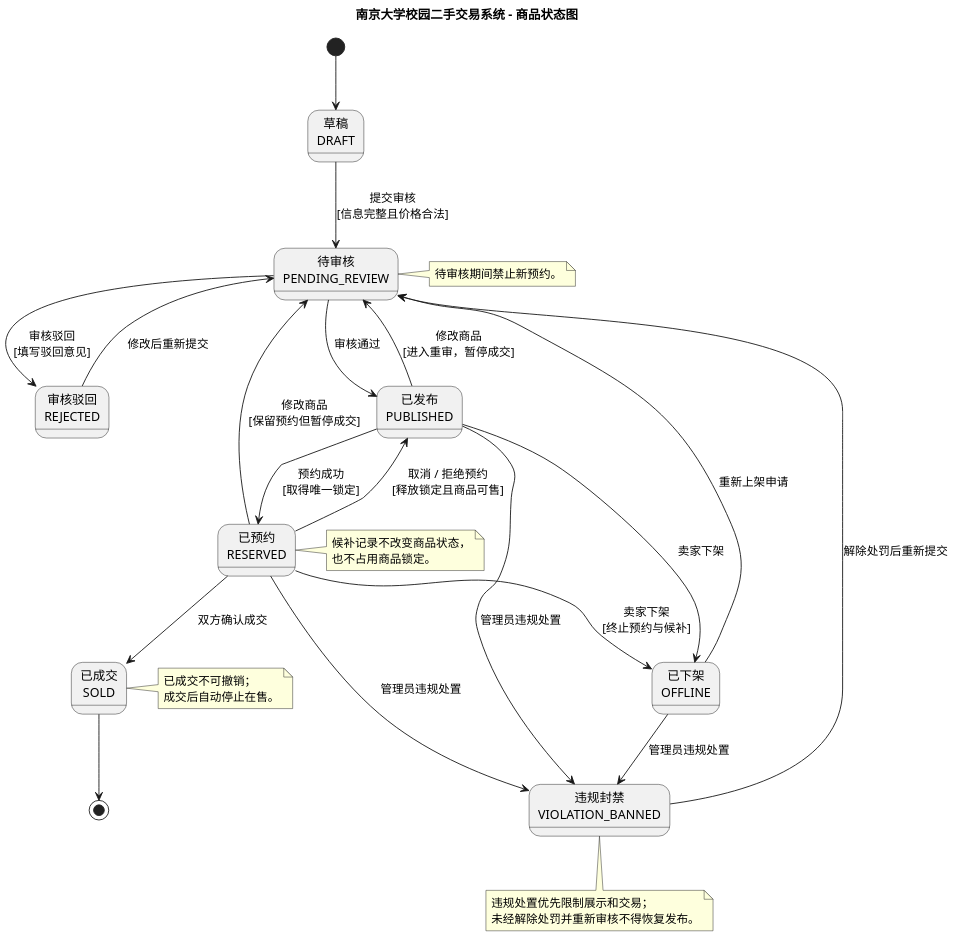
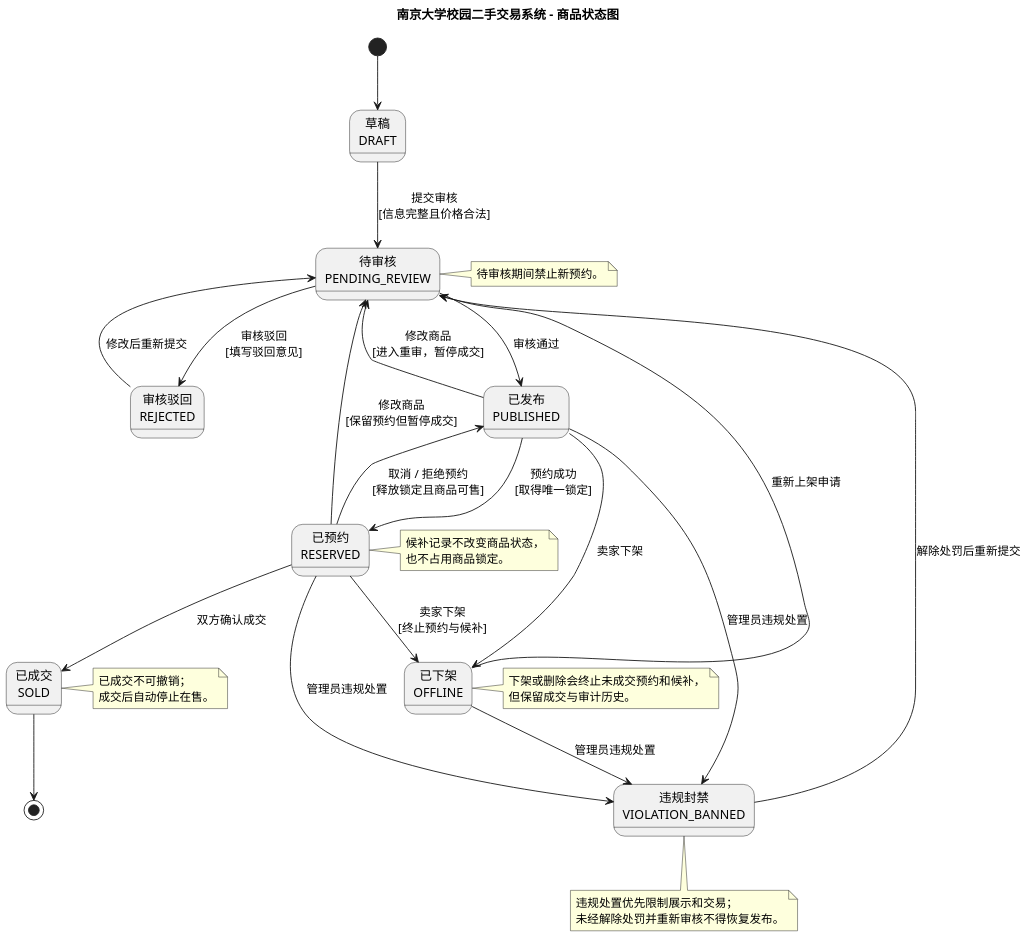
Before and after one commit to 235826/secondhand-marketplace: the diagram in lab2/UML/UML状态图-商品.puml, drawn with PlantUML. The commit also changed 8 other files, not shown here.

Commit message:
lab2: refine UML constraints and cancellation flow

```diff
--- a/lab2/UML/UML状态图-商品.puml
+++ b/lab2/UML/UML状态图-商品.puml
@@ -1,59 +1,64 @@
 @startuml UML状态图-商品
 skinparam defaultFontName "PingFang SC"
 skinparam dpi 150
 title 南京大学校园二手交易系统 - 商品状态图
 
 state "草稿\nDRAFT" as Draft
 state "待审核\nPENDING_REVIEW" as Pending
 state "审核驳回\nREJECTED" as Rejected
 state "已发布\nPUBLISHED" as Published
 state "已预约\nRESERVED" as Reserved
 state "已下架\nOFFLINE" as Offline
 state "已成交\nSOLD" as Sold
 state "违规封禁\nVIOLATION_BANNED" as Banned
 
 [*] --> Draft
 
 Draft --> Pending : 提交审核\n[信息完整且价格合法]
 Pending --> Published : 审核通过
 Pending --> Rejected : 审核驳回\n[填写驳回意见]
 Rejected --> Pending : 修改后重新提交
 
 Published --> Reserved : 预约成功\n[取得唯一锁定]
 Reserved --> Published : 取消 / 拒绝预约\n[释放锁定且商品可售]
 
 Published --> Offline : 卖家下架
 Reserved --> Offline : 卖家下架\n[终止预约与候补]
 Offline --> Pending : 重新上架申请
 
 Published --> Pending : 修改商品\n[进入重审，暂停成交]
 Reserved --> Pending : 修改商品\n[保留预约但暂停成交]
 
 Reserved --> Sold : 双方确认成交
 Published --> Banned : 管理员违规处置
 Reserved --> Banned : 管理员违规处置
 Offline --> Banned : 管理员违规处置
 Banned --> Pending : 解除处罚后重新提交
 
 Sold --> [*]
 
 note right of Pending
   待审核期间禁止新预约。
 end note
 
 note right of Reserved
   候补记录不改变商品状态，
   也不占用商品锁定。
 end note
 
 note right of Sold
   已成交不可撤销；
   成交后自动停止在售。
 end note
 
+note right of Offline
+  下架或删除会终止未成交预约和候补，
+  但保留成交与审计历史。
+end note
+
 note bottom of Banned
   违规处置优先限制展示和交易；
   未经解除处罚并重新审核不得恢复发布。
 end note
 
 @enduml
```
